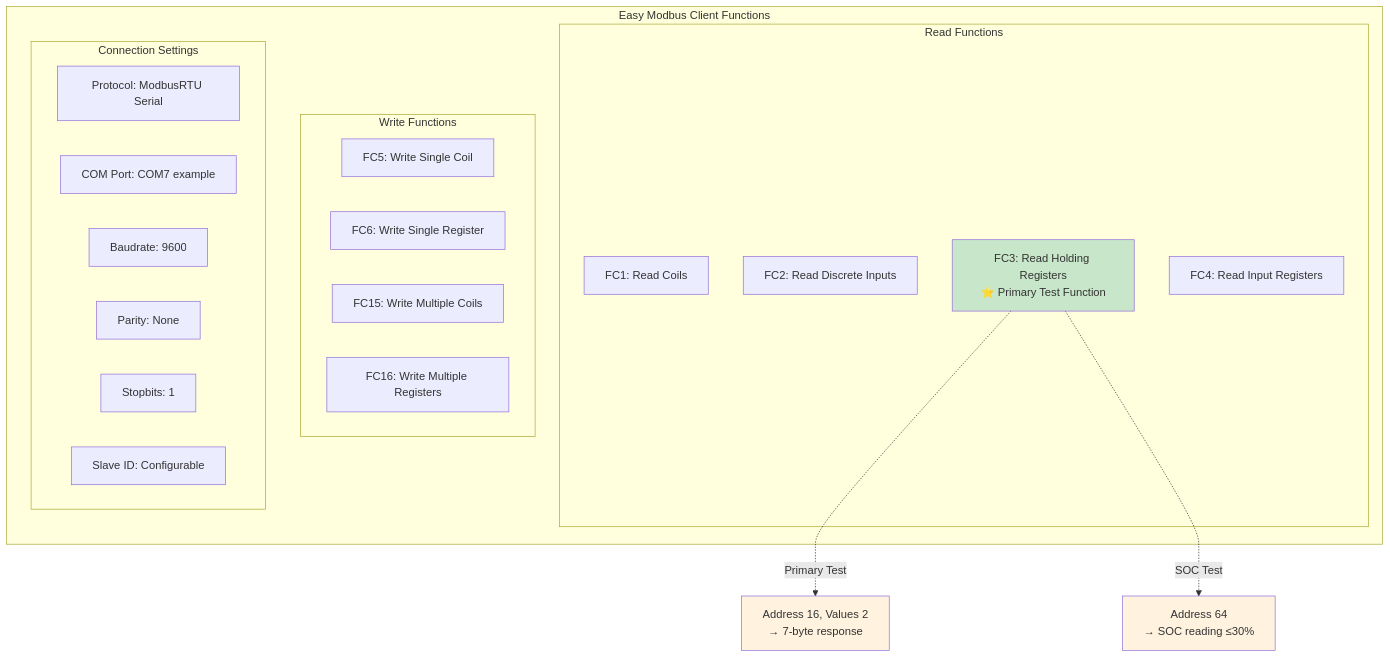
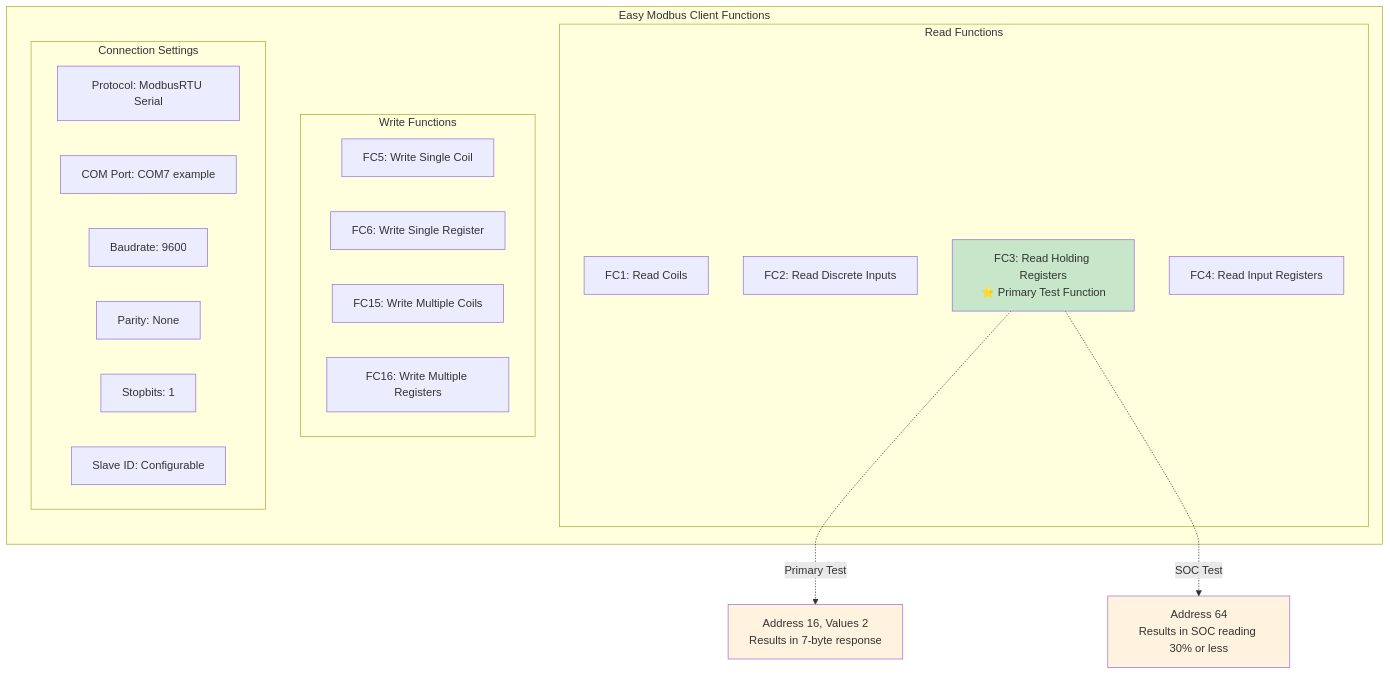
Before and after one commit to custompowerllc/claude-flow: the fifth of 6 diagrams in projects/GA_Modbus_Sim/docs/mti/MTI-102284-05-diagram.md, drawn with Mermaid. The commit also changed other lines of this file and 16 other files, not shown here.

````diff
--- a/projects/GA_Modbus_Sim/docs/mti/MTI-102284-05-diagram.md
+++ b/projects/GA_Modbus_Sim/docs/mti/MTI-102284-05-diagram.md
@@ -180,34 +180,34 @@
 ```mermaid
 graph TB
     subgraph "Easy Modbus Client Functions"
         subgraph "Read Functions"
             FC1[FC1: Read Coils]
             FC2[FC2: Read Discrete Inputs]
             FC3[FC3: Read Holding Registers<br/>⭐ Primary Test Function]
             FC4[FC4: Read Input Registers]
         end
         
         subgraph "Write Functions"
             FC5[FC5: Write Single Coil]
             FC6[FC6: Write Single Register]
             FC15[FC15: Write Multiple Coils]
             FC16[FC16: Write Multiple Registers]
         end
         
         subgraph "Connection Settings"
             PROTO[Protocol: ModbusRTU Serial]
             PORT[COM Port: COM7 example]
             BAUD[Baudrate: 9600]
             PAR[Parity: None]
             STOP[Stopbits: 1]
             SLAVE[Slave ID: Configurable]
         end
     end
     
-    FC3 -.Primary Test.-> TEST1[Address 16, Values 2<br/>→ 7-byte response]
-    FC3 -.SOC Test.-> TEST2[Address 64<br/>→ SOC reading ≤30%]
+    FC3 -.Primary Test.-> TEST1[Address 16, Values 2<br/>Results in 7-byte response]
+    FC3 -.SOC Test.-> TEST2[Address 64<br/>Results in SOC reading 30% or less]
     
     style FC3 fill:#c8e6c9
     style TEST1 fill:#fff3e0
     style TEST2 fill:#fff3e0
 ```
````
